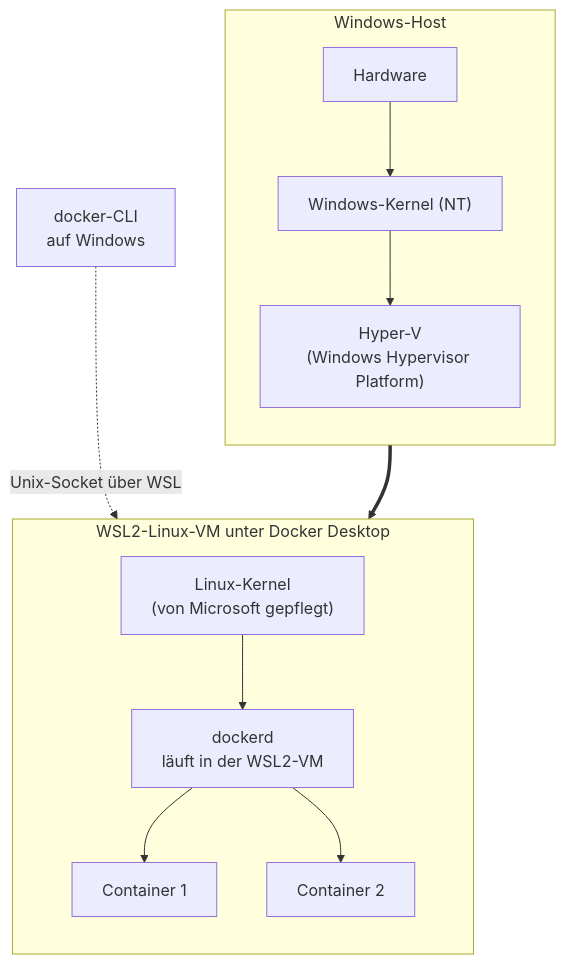
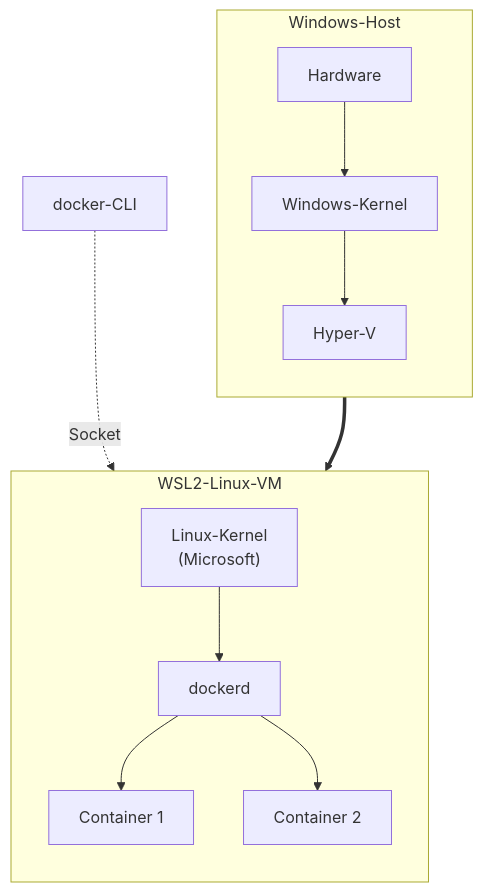
Before and after one commit to JacobMenge/kurs-unterlagen: the third of 3 diagrams in docs/docker/docker-desktop-wahrheit.md, drawn with Mermaid. The commit also changed other lines of this file and 3 other files, not shown here.

First line of the commit message:
Diagramm-Feinschliff: Labels gekürzt für bessere Lesbarkeit

````diff
--- a/docs/docker/docker-desktop-wahrheit.md
+++ b/docs/docker/docker-desktop-wahrheit.md
@@ -111,27 +111,27 @@
 ```mermaid
 flowchart TB
   subgraph WIN["Windows-Host"]
     direction TB
     HWW["Hardware"]
-    KERNW["Windows-Kernel (NT)"]
-    HYP["Hyper-V<br/>(Windows Hypervisor Platform)"]
+    KERNW["Windows-Kernel"]
+    HYP["Hyper-V"]
     HWW --> KERNW
     KERNW --> HYP
   end
 
-  subgraph WSL["WSL2-Linux-VM unter Docker Desktop"]
+  subgraph WSL["WSL2-Linux-VM"]
     direction TB
-    WSL2["Linux-Kernel<br/>(von Microsoft gepflegt)"]
-    DAEMONW["dockerd<br/>läuft in der WSL2-VM"]
+    WSL2["Linux-Kernel<br/>(Microsoft)"]
+    DAEMONW["dockerd"]
     CW1["Container 1"]
     CW2["Container 2"]
     WSL2 --> DAEMONW
     DAEMONW --> CW1
     DAEMONW --> CW2
   end
 
-  CLIW["docker-CLI<br/>auf Windows"]
+  CLIW["docker-CLI"]
 
   HYP ==> WSL2
-  CLIW -. "Unix-Socket über WSL" .-> DAEMONW
+  CLIW -. "Socket" .-> DAEMONW
 ```
````
